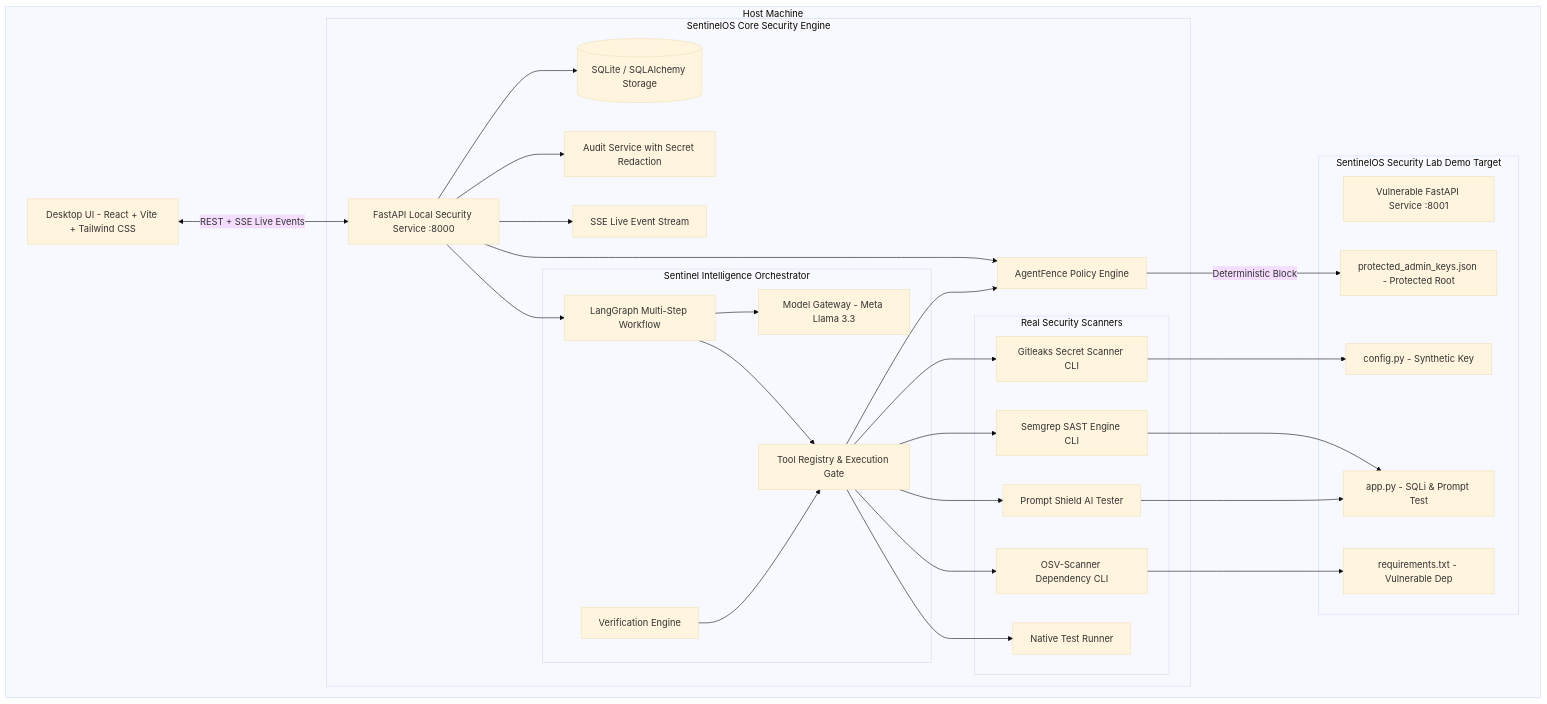
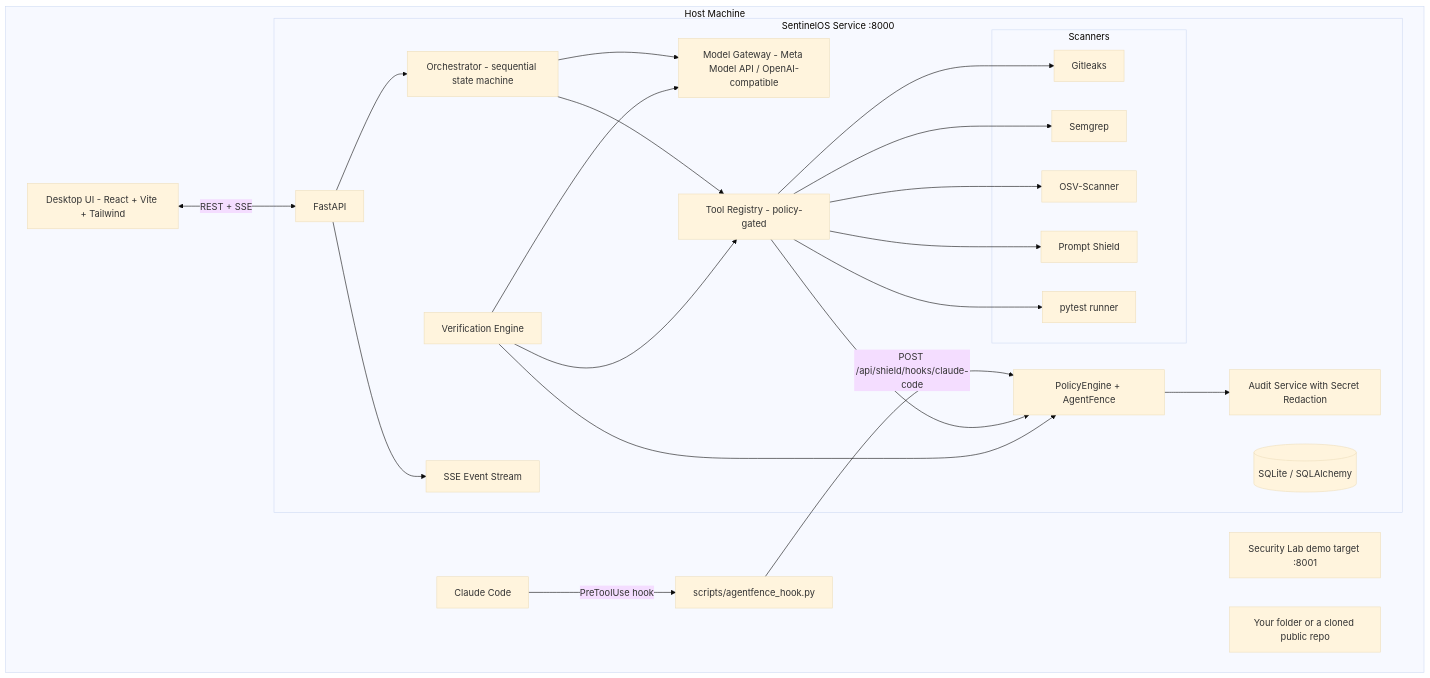
Before and after one commit to sajosam/sentinel: the diagram in README.md, drawn with Mermaid (base theme). The commit also changed other lines of this file and 68 other files, not shown here.

First line of the commit message:
feat: Attack Lab sandbox hardening, Meta-only gateway, enterprise UI

````diff
--- a/README.md
+++ b/README.md
@@ -32,58 +37,42 @@
 ```mermaid
 graph TD
     subgraph Host Machine
-        UI[Desktop UI - React + Vite + Tailwind CSS]
-        
-        subgraph SentinelOS Core Security Engine
-            API[FastAPI Local Security Service :8000]
-            DB[(SQLite / SQLAlchemy Storage)]
-            AF[AgentFence Policy Engine]
+        UI[Desktop UI - React + Vite + Tailwind]
+        CC[Claude Code] -->|PreToolUse hook| HOOK[scripts/agentfence_hook.py]
+
+        subgraph SentinelOS Service :8000
+            API[FastAPI]
+            DB[(SQLite / SQLAlchemy)]
+            PE[PolicyEngine + AgentFence]
             AL[Audit Service with Secret Redaction]
-            BUS[SSE Live Event Stream]
-            
-            subgraph Sentinel Intelligence Orchestrator
-                LG[LangGraph Multi-Step Workflow]
-                MG[Model Gateway - Meta Llama 3.3]
-                TR[Tool Registry & Execution Gate]
-                VE[Verification Engine]
-            end
-            
-            subgraph Real Security Scanners
-                GL[Gitleaks Secret Scanner CLI]
-                SG[Semgrep SAST Engine CLI]
-                OSV[OSV-Scanner Dependency CLI]
-                PS[Prompt Shield AI Tester]
-                TRUN[Native Test Runner]
+            BUS[SSE Event Stream]
+            ORC[Orchestrator - sequential state machine]
+            MG[Model Gateway - Meta Model API / OpenAI-compatible]
+            TR[Tool Registry - policy-gated]
+            VE[Verification Engine]
+            subgraph Scanners
+                GL[Gitleaks]
+                SG[Semgrep]
+                OSV[OSV-Scanner]
+                PS[Prompt Shield]
+                TRUN[pytest runner]
             end
         end
-        
-        subgraph SentinelOS Security Lab Demo Target
-            LAB[Vulnerable FastAPI Service :8001]
-            CONF[config.py - Synthetic Key]
-            APP[app.py - SQLi & Prompt Test]
-            REQ[requirements.txt - Vulnerable Dep]
-            PROT[protected_admin_keys.json - Protected Root]
-        end
+
+        LAB[Security Lab demo target :8001]
+        REPO[Your folder or a cloned public repo]
     end
 
-    UI <-->|REST + SSE Live Events| API
-    API --> DB
-    API --> AF
-    API --> AL
+    UI <-->|REST + SSE| API
+    HOOK -->|POST /api/shield/hooks/claude-code| PE
+    API --> ORC
+    ORC --> MG
+    ORC --> TR
+    TR --> PE
+    TR --> GL & SG & OSV & PS & TRUN
+    VE --> MG
+    VE --> TR
+    VE --> PE
+    PE --> AL
     API --> BUS
-    API --> LG
-    LG --> MG
-    LG --> TR
-    TR --> AF
-    TR --> GL
-    TR --> SG
-    TR --> OSV
-    TR --> PS
-    TR --> TRUN
-    VE --> TR
-    AF -->|Deterministic Block| PROT
-    GL --> CONF
-    SG --> APP
-    OSV --> REQ
-    PS --> APP
 ```
````
